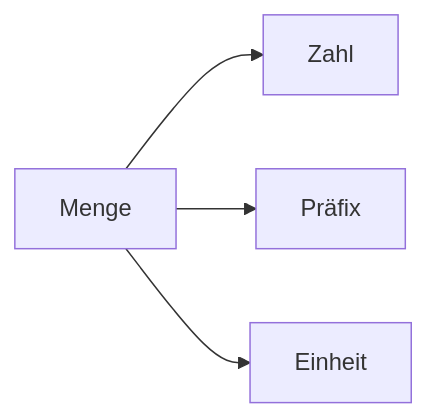
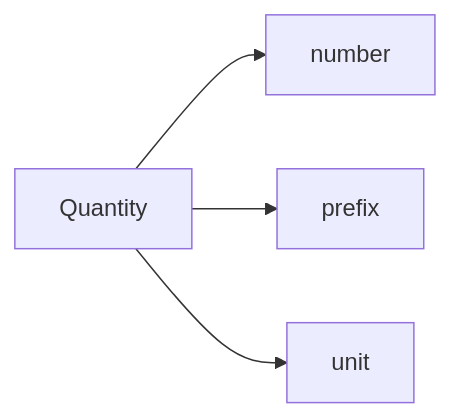
One commit to sfambach/wp-taxonomy-modeler changed the seventh of 50 diagrams in docs/NewConcept/10-domain-core.md. Above: the diagram before and after it, drawn with Mermaid. The commit also changed other lines of this file and 4 other files, not shown here.

First line of the commit message:
Diagramme auf Englisch, Sachnamen bleiben

````diff
--- a/docs/NewConcept/10-domain-core.md
+++ b/docs/NewConcept/10-domain-core.md
@@ -465,6 +465,6 @@
 ```mermaid
 flowchart LR
-  Q["Menge"] --> W["Zahl"]
-  Q --> P["Präfix"]
-  Q --> E["Einheit"]
+  Q["Quantity"] --> W["number"]
+  Q --> P["prefix"]
+  Q --> E["unit"]
 ```
````
